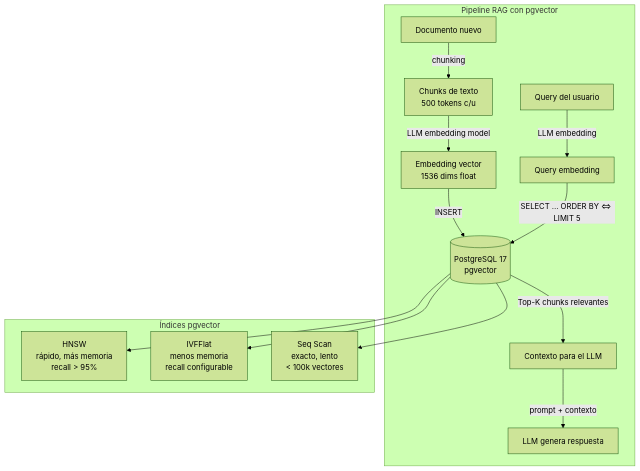
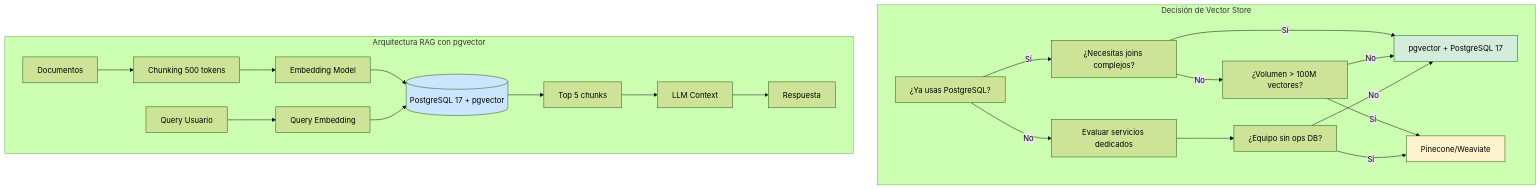
Before and after one commit to Joaquinriosheredia/DAM-Java-Mastery: the first of 5 diagrams in 04_Bases_de_Datos/vector_search_con_pgvector_y_postgresql_17_para_aplicaciones_ia_STAFF.md, drawn with Mermaid (forest theme). The commit also changed other lines of this file, not shown here.

Commit message:
vector_search_con_pgvector_y_postgresql_17_para_aplicaciones_ia_STAFF.md

````diff
--- a/04_Bases_de_Datos/vector_search_con_pgvector_y_postgresql_17_para_aplicaciones_ia_STAFF.md
+++ b/04_Bases_de_Datos/vector_search_con_pgvector_y_postgresql_17_para_aplicaciones_ia_STAFF.md
@@ -38,22 +40,29 @@
 ```mermaid
 graph TD
-    subgraph "Pipeline RAG con pgvector"
-        DOC[Documento nuevo] -->|chunking| CHUNKS[Chunks de texto\n500 tokens c/u]
-        CHUNKS -->|LLM embedding model| EMB[Embedding vector\n1536 dims float]
-        EMB -->|INSERT| PG[(PostgreSQL 17\npgvector)]
-
-        QUERY[Query del usuario] -->|LLM embedding| QEMB[Query embedding]
-        QEMB -->|SELECT ... ORDER BY <=> LIMIT 5| PG
-        PG -->|Top-K chunks relevantes| CTX[Contexto para el LLM]
-        CTX -->|prompt + contexto| LLM[LLM genera respuesta]
+    subgraph "Decisión de Vector Store"
+        A[¿Ya usas PostgreSQL?] -->|Sí| B[¿Necesitas joins complejos?]
+        A -->|No| C[Evaluar servicios dedicados]
+        B -->|Sí| D[pgvector + PostgreSQL 17]
+        B -->|No| E[¿Volumen > 100M vectores?]
+        E -->|Sí| F[Pinecone/Weaviate]
+        E -->|No| D
+        C --> G[¿Equipo sin ops DB?]
+        G -->|Sí| F
+        G -->|No| D
     end
-
-    subgraph "Índices pgvector"
-        HNSW[HNSW\nrápido, más memoria\nrecall > 95%]
-        IVFFLAT[IVFFlat\nmenos memoria\nrecall configurable]
-        SEQ[Seq Scan\nexacto, lento\n< 100k vectores]
-        PG --> HNSW
-        PG --> IVFFLAT
-        PG --> SEQ
+    
+    subgraph "Arquitectura RAG con pgvector"
+        DOC[Documentos] --> CHUNK[Chunking 500 tokens]
+        CHUNK --> EMB[Embedding Model]
+        EMB --> PG[(PostgreSQL 17 + pgvector)]
+        QUERY[Query Usuario] --> QEMB[Query Embedding]
+        QEMB --> PG
+        PG --> TOP5[Top 5 chunks]
+        TOP5 --> LLM[LLM Context]
+        LLM --> RESP[Respuesta]
     end
+    
+    style D fill:#d4edda
+    style F fill:#fff3cd
+    style PG fill:#cce5ff
 ```
````
